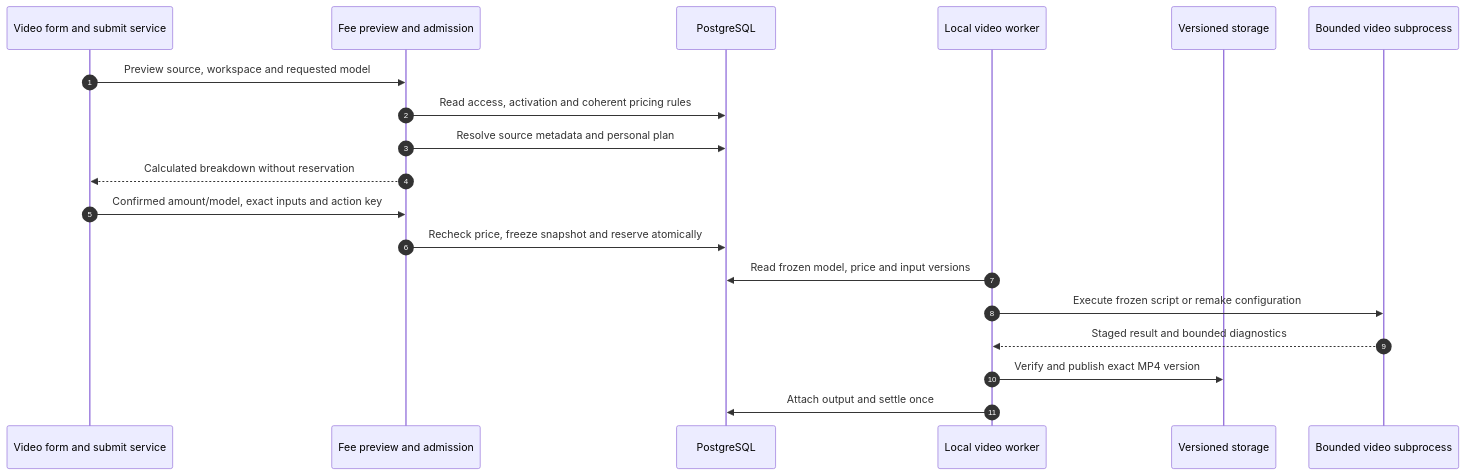
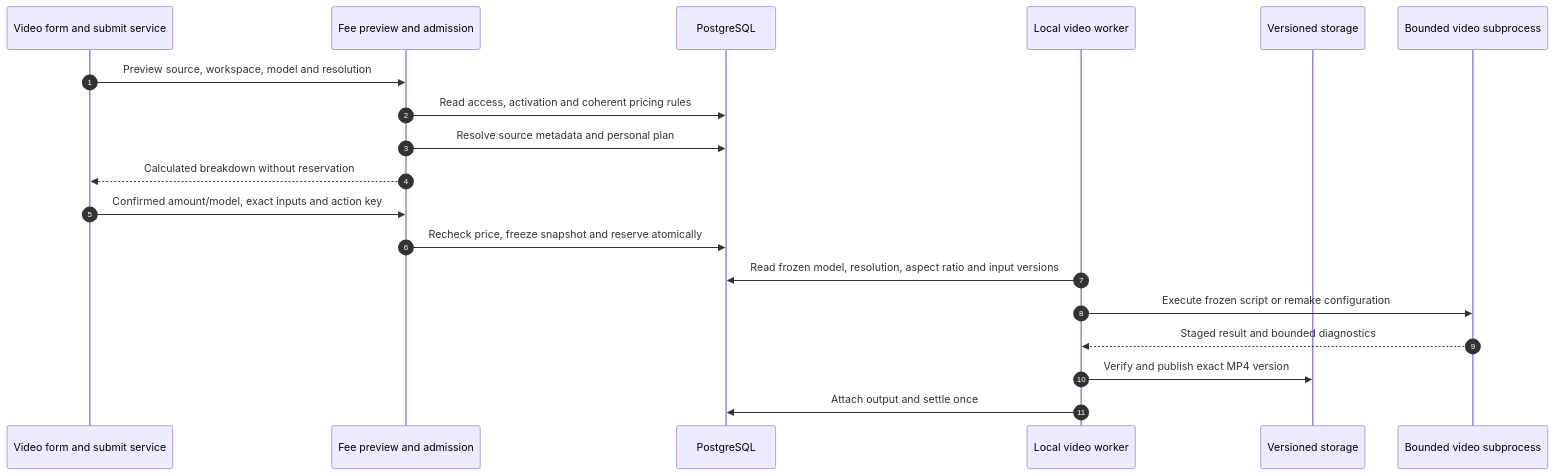
One commit to Orientation-CD/docs changed the diagram in reference/flows/video-billing-flow.md. Above: the diagram before and after it, drawn with Mermaid. The commit also changed other lines of this file and 189 other files, not shown here.

````diff
--- a/reference/flows/video-billing-flow.md
+++ b/reference/flows/video-billing-flow.md
@@ -9,21 +9,21 @@
 ```mermaid
 sequenceDiagram
   autonumber
   participant UI as Video form and submit service
   participant API as Fee preview and admission
   participant DB as PostgreSQL
   participant W as Local video worker
   participant S as Versioned storage
   participant C as Bounded video subprocess
-  UI->>API: Preview source, workspace and requested model
+  UI->>API: Preview source, workspace, model and resolution
   API->>DB: Read access, activation and coherent pricing rules
   API->>DB: Resolve source metadata and personal plan
   API-->>UI: Calculated breakdown without reservation
   UI->>API: Confirmed amount/model, exact inputs and action key
   API->>DB: Recheck price, freeze snapshot and reserve atomically
-  W->>DB: Read frozen model, price and input versions
+  W->>DB: Read frozen model, resolution, aspect ratio and input versions
   W->>C: Execute frozen script or remake configuration
   C-->>W: Staged result and bounded diagnostics
   W->>S: Verify and publish exact MP4 version
   W->>DB: Attach output and settle once
 ```
````
